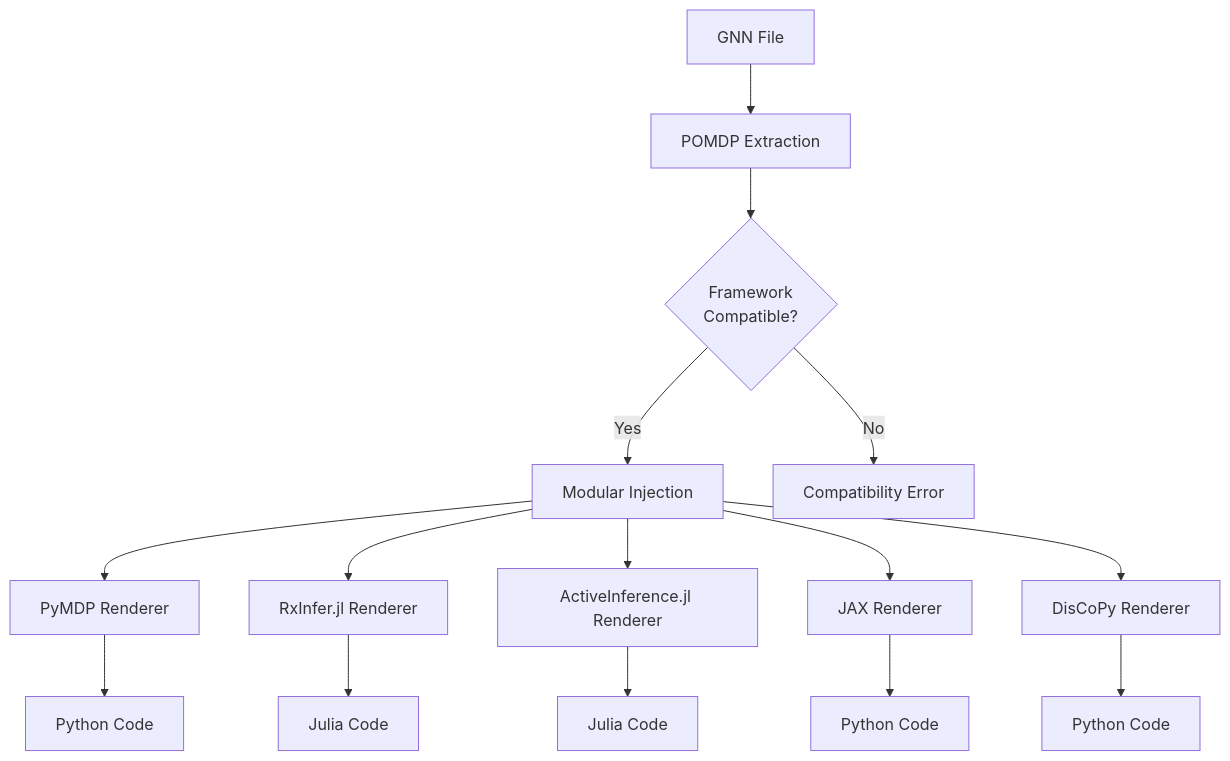
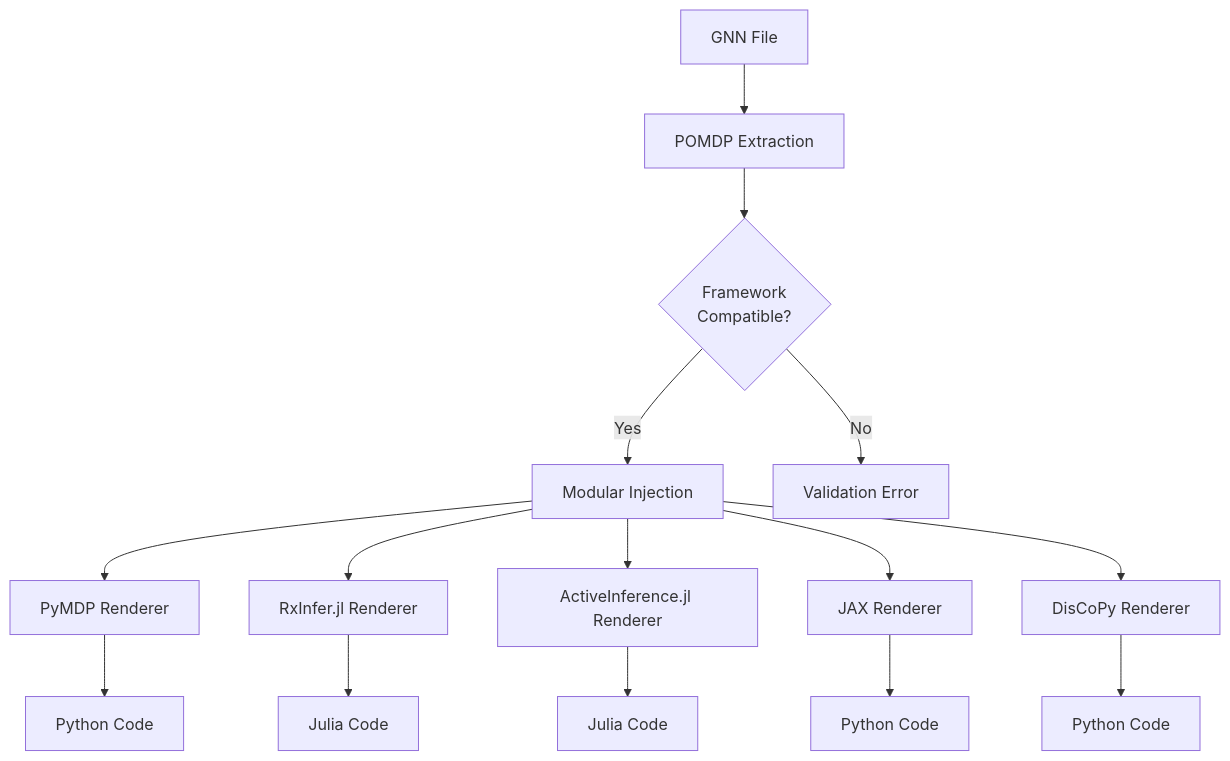
One commit to ActiveInferenceInstitute/GeneralizedNotationNotation changed the first of 3 diagrams in src/render/README.md. Above: the diagram before and after it, drawn with Mermaid. The commit also changed other lines of this file and 133 other files, not shown here.

````diff
--- a/src/render/README.md
+++ b/src/render/README.md
@@ -14,20 +15,20 @@
 ```mermaid
 graph TD
     GNN[GNN File] --> Extract[POMDP Extraction]
     Extract --> Check{Framework<br/>Compatible?}
     
     Check -->|Yes| Inject[Modular Injection]
-    Check -->|No| Error[Compatibility Error]
+    Check -->|No| Error[Validation Error]
     
     Inject --> PyMDP[PyMDP Renderer]
     Inject --> RxInfer[RxInfer.jl Renderer]
     Inject --> ActInf[ActiveInference.jl Renderer]
     Inject --> JAX[JAX Renderer]
     Inject --> DisCoPy[DisCoPy Renderer]
     
     PyMDP --> Code1[Python Code]
     RxInfer --> Code2[Julia Code]
     ActInf --> Code3[Julia Code]
     JAX --> Code4[Python Code]
     DisCoPy --> Code5[Python Code]
 ```
````
